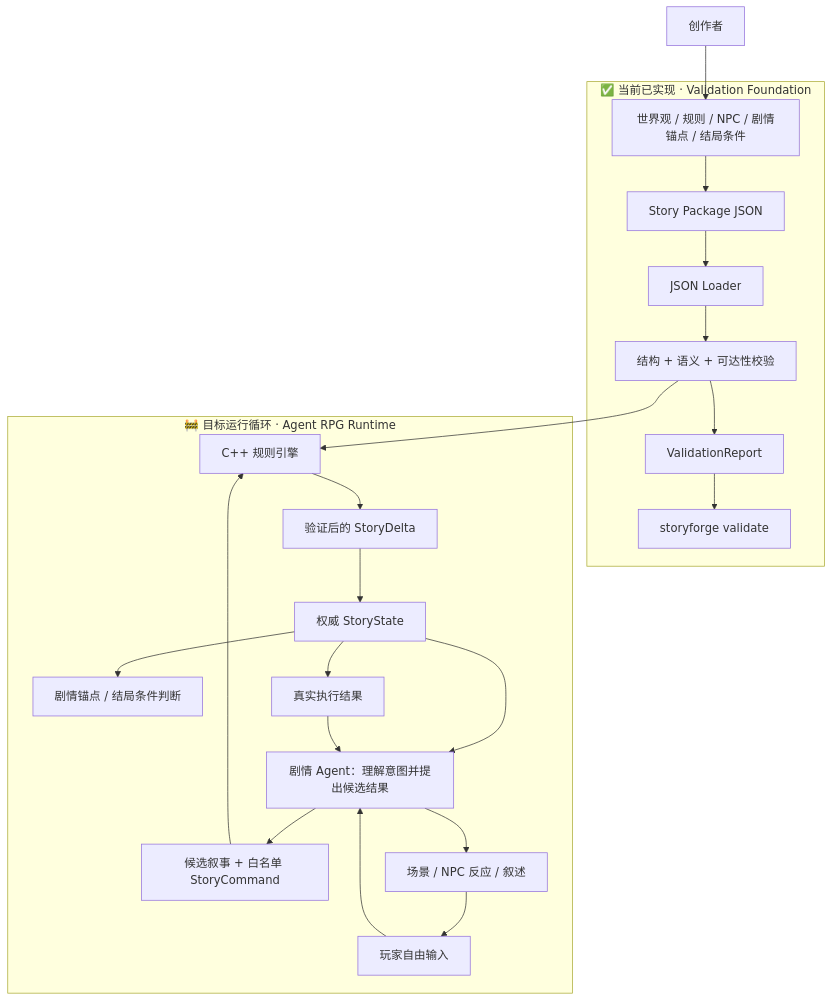
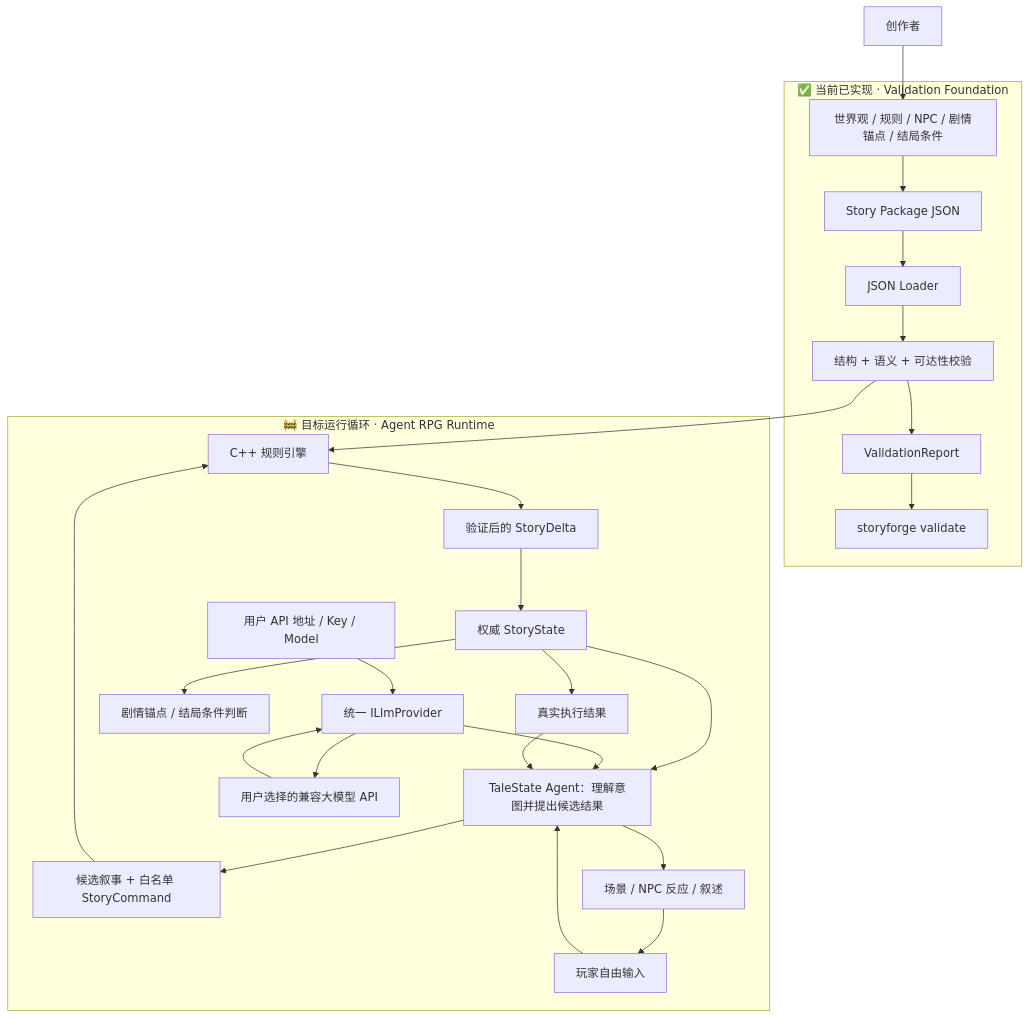
Before and after one commit to stellablack528/talestate-cpp: the diagram in README.md, drawn with Mermaid. The commit also changed other lines of this file and 5 other files, not shown here.

````diff
--- a/README.md
+++ b/README.md
@@ -84,27 +122,31 @@
 ```mermaid
 flowchart TD
     Creator["创作者"] --> World["世界观 / 规则 / NPC / 剧情锚点 / 结局条件"]
 
     subgraph Current ["✅ 当前已实现 · Validation Foundation"]
         World --> Package["Story Package JSON"]
         Package --> Loader["JSON Loader"]
         Loader --> Validation["结构 + 语义 + 可达性校验"]
         Validation --> Report["ValidationReport"]
         Report --> ValidateCLI["storyforge validate"]
     end
 
     subgraph Target ["🚧 目标运行循环 · Agent RPG Runtime"]
-        Player["玩家自由输入"] --> Agent["剧情 Agent：理解意图并提出候选结果"]
+        Player["玩家自由输入"] --> Agent["TaleState Agent：理解意图并提出候选结果"]
         State["权威 StoryState"] --> Agent
+        Config["用户 API 地址 / Key / Model"] --> Provider["统一 ILlmProvider"]
+        Provider --> MarketModel["用户选择的兼容大模型 API"]
+        MarketModel --> Provider
+        Provider --> Agent
         Validation --> Runtime["C++ 规则引擎"]
         Agent --> Candidate["候选叙事 + 白名单 StoryCommand"]
         Candidate --> Runtime
         Runtime --> Delta["验证后的 StoryDelta"]
         Delta --> State
         State --> Ending["剧情锚点 / 结局条件判断"]
         State --> Result["真实执行结果"]
         Result --> Agent
         Agent --> Narrative["场景 / NPC 反应 / 叙述"]
         Narrative --> Player
     end
 ```
````
